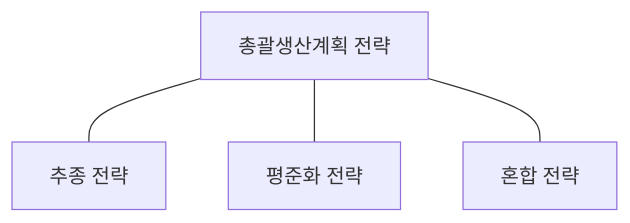
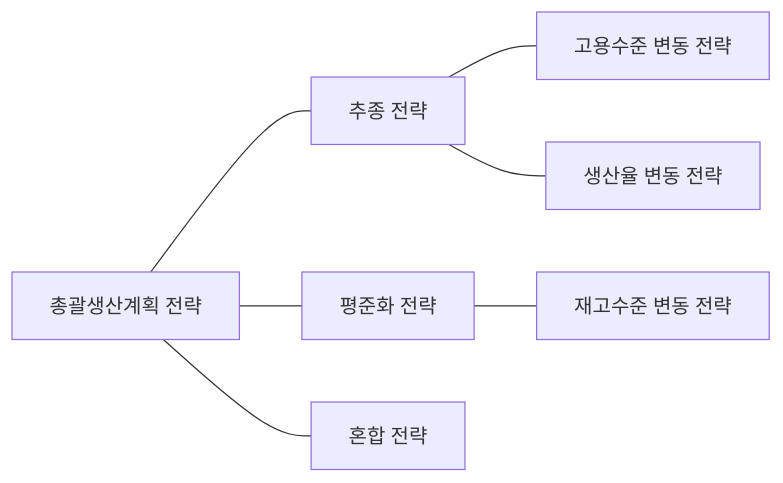
Before and after one commit to yeonkyupark/PEPC: the first of 2 diagrams in 3-1.생산계획수립.qmd, drawn with Mermaid. The commit also changed other lines of this file, not shown here.

````diff
--- a/3-1.생산계획수립.qmd
+++ b/3-1.생산계획수립.qmd
@@ -132,9 +132,12 @@
 ```{mermaid}
-flowchart TD
+flowchart LR
 00[총괄생산계획 전략]
 10[추종 전략]
 20[평준화 전략]
 30[혼합 전략]
 
 00 --- 10 & 20 & 30
+
+10 --- 101["고용수준 변동 전략"] & 102["생산율 변동 전략"]
+20 --- 201["재고수준 변동 전략"]
 ```
````
